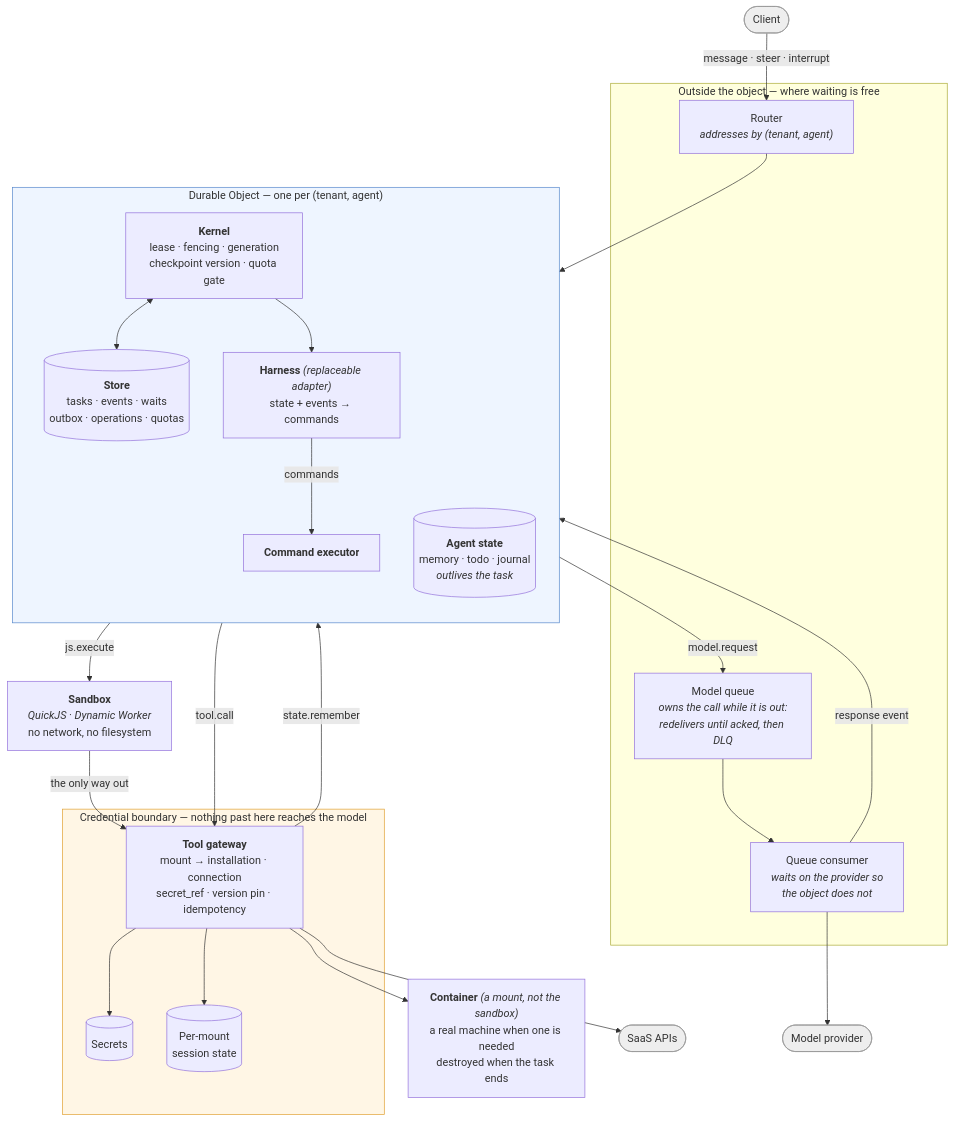
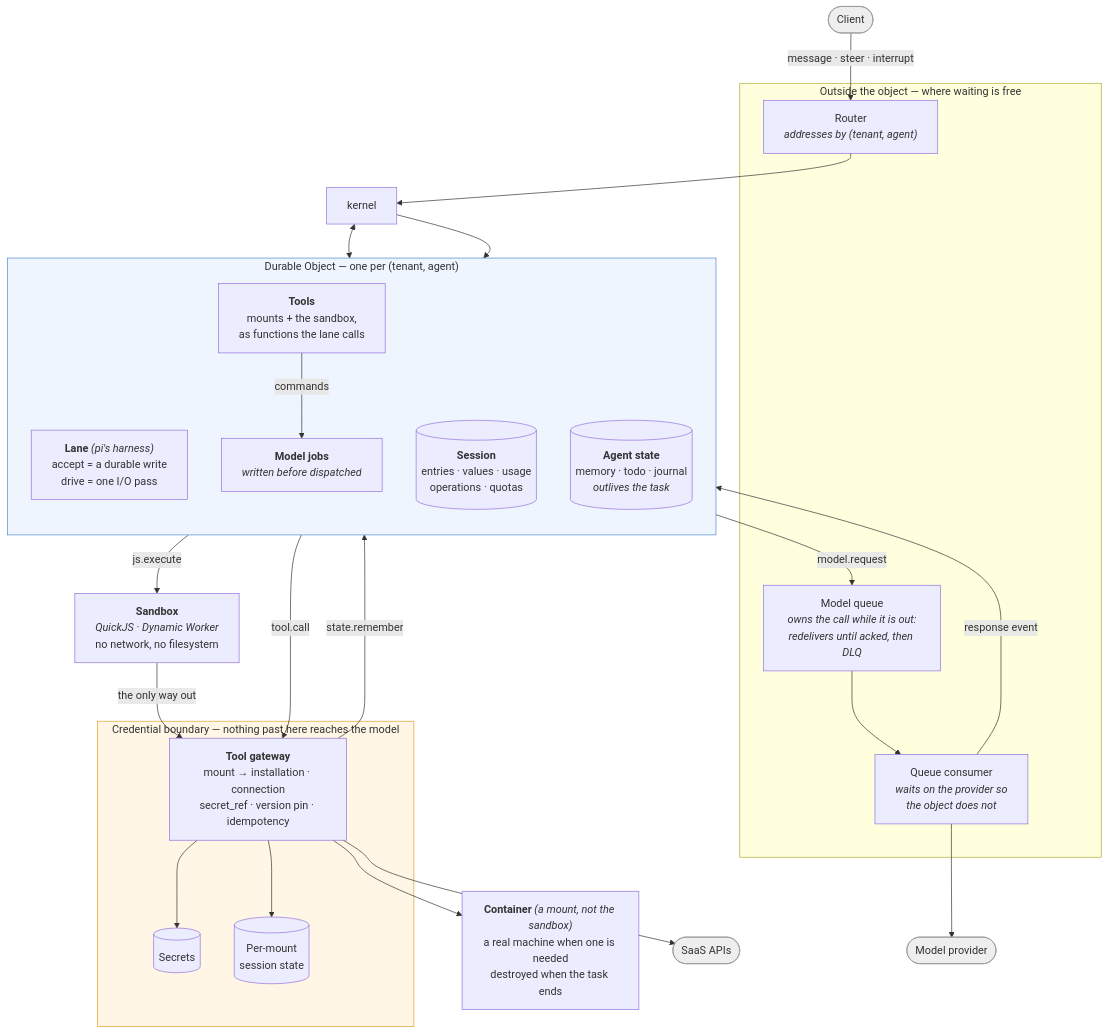
The diagram in README.md (botiverse/antiproton), drawn with Mermaid before and after one commit. The commit also changed other lines of this file and 36 other files, not shown here.

````diff
--- a/README.md
+++ b/README.md
@@ -93,52 +93,52 @@
 ```mermaid
 flowchart TB
     client([Client]):::ext
 
     subgraph edge["Outside the object — where waiting is free"]
         router["Router<br/><i>addresses by (tenant, agent)</i>"]
         queue["Model queue<br/><i>owns the call while it is out:<br/>redelivers until acked, then DLQ</i>"]
         consumer["Queue consumer<br/><i>waits on the provider so<br/>the object does not</i>"]
     end
 
     subgraph object["Durable Object — one per (tenant, agent)"]
         direction TB
-        kernel["<b>Kernel</b><br/>lease · fencing · generation<br/>checkpoint version · quota gate"]
-        harness["<b>Harness</b> <i>(replaceable adapter)</i><br/>state + events → commands"]
-        cmd["<b>Command executor</b>"]
-        store[("<b>Store</b><br/>tasks · events · waits<br/>outbox · operations · quotas")]
+        lane["<b>Lane</b> <i>(pi's harness)</i><br/>accept = a durable write<br/>drive = one I/O pass"]
+        harness["<b>Tools</b><br/>mounts + the sandbox,<br/>as functions the lane calls"]
+        cmd["<b>Model jobs</b><br/><i>written before dispatched</i>"]
+        store[("<b>Session</b><br/>entries · values · usage<br/>operations · quotas")]
         memory[("<b>Agent state</b><br/>memory · todo · journal<br/><i>outlives the task</i>")]
     end
 
     subgraph trust["Credential boundary — nothing past here reaches the model"]
         gateway["<b>Tool gateway</b><br/>mount → installation · connection<br/>secret_ref · version pin · idempotency"]
         secrets[("Secrets")]
         conn[("Per-mount<br/>session state")]
     end
 
     sandbox["<b>Sandbox</b><br/><i>QuickJS · Dynamic Worker</i><br/>no network, no filesystem"]
     box["<b>Container</b> <i>(a mount, not the sandbox)</i><br/>a real machine when one is needed<br/>destroyed when the task ends"]
     saas([SaaS APIs]):::ext
     provider([Model provider]):::ext
 
     client -->|"message · steer · interrupt"| router
     router --> kernel
     kernel <--> store
     kernel --> harness
     harness -->|commands| cmd
     cmd -->|model.request| queue
     queue --> consumer
     consumer -->|"response event"| store
     consumer --> provider
     cmd -->|tool.call| gateway
     cmd -->|js.execute| sandbox
     sandbox -->|"the only way out"| gateway
     gateway --> secrets
     gateway --> conn
     gateway --> saas
     gateway --> box
     gateway -->|"state.remember"| memory
 
     classDef ext fill:#eee,stroke:#999,color:#333;
     style trust fill:#fff6e5,stroke:#e0a030
     style object fill:#eef5ff,stroke:#5588cc
 ```
````
